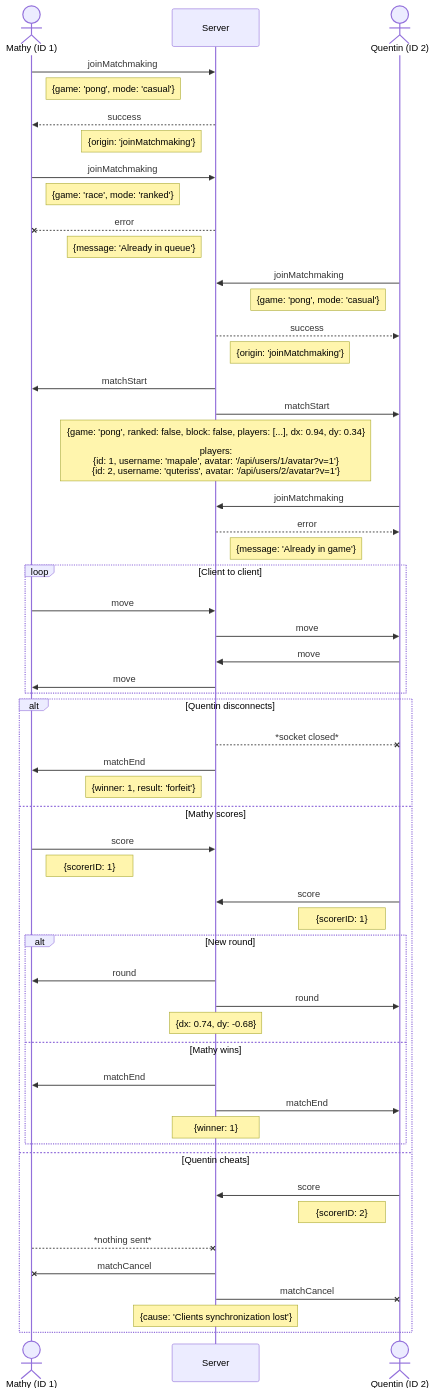
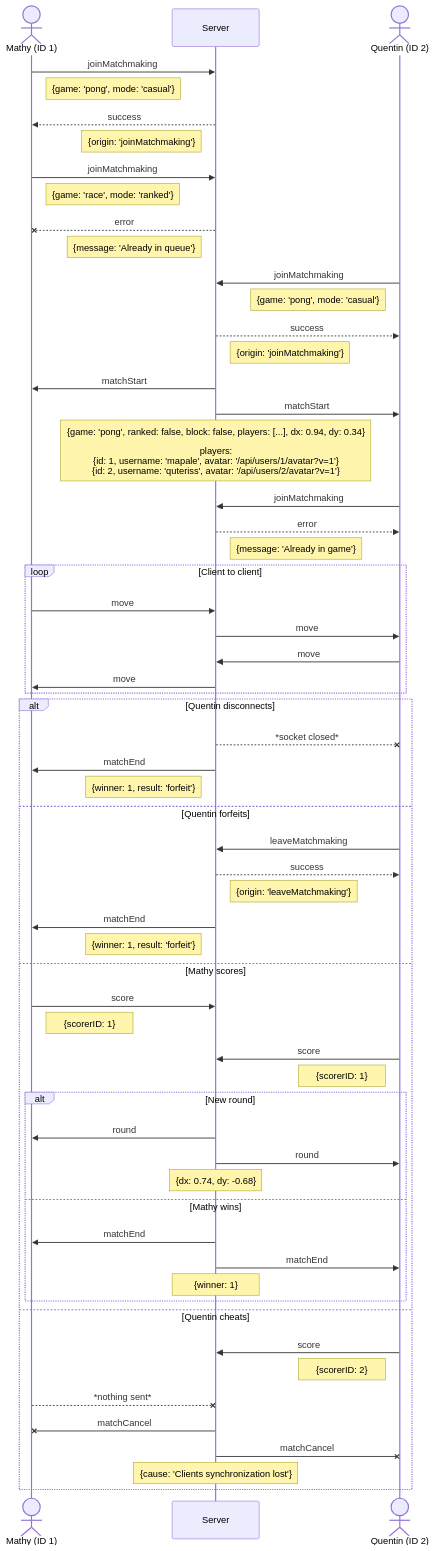
The diagram in docs/WebSocket/match.md (deydoux/42cursus-ft_transcendence), drawn with Mermaid before and after one commit.

Commit message:
Add handling for Quentin's forfeiture in matchmaking sequence

````diff
--- a/docs/WebSocket/match.md
+++ b/docs/WebSocket/match.md
@@ -3,66 +3,73 @@
 ```mermaid
 sequenceDiagram
   actor m as Mathy (ID 1)
   participant s as Server
   actor q as Quentin (ID 2)
 
   m ->> s: joinMatchmaking
   Note right of m: {game: 'pong', mode: 'casual'}
   s -->> m: success
   Note left of s: {origin: 'joinMatchmaking'}
 
   m ->> s: joinMatchmaking
   Note right of m: {game: 'race', mode: 'ranked'}
   s --x m: error
   Note left of s: {message: 'Already in queue'}
 
   q ->> s: joinMatchmaking
   Note left of q: {game: 'pong', mode: 'casual'}
   s -->> q: success
   Note right of s: {origin: 'joinMatchmaking'}
 
   s ->> m: matchStart
   s ->> q: matchStart
   Note over s: {game: 'pong', ranked: false, block: false, players: [...], dx: 0.94, dy: 0.34}<br><br> players:<br>{id: 1, username: 'mapale', avatar: '/api/users/1/avatar?v=1'}<br>{id: 2, username: 'quteriss', avatar: '/api/users/2/avatar?v=1'}
 
   q ->> s: joinMatchmaking
   s -->> q: error
   Note right of s: {message: 'Already in game'}
 
   loop Client to client
     m ->> s: move
     s ->> q: move
     q ->> s: move
     s ->> m: move
   end
 
   alt Quentin disconnects
     s --x q: *socket closed*
     s ->> m: matchEnd
     Note left of s: {winner: 1, result: 'forfeit'}
 
+  else Quentin forfeits
+    q ->> s: leaveMatchmaking
+    s -->> q: success
+    Note right of s: {origin: 'leaveMatchmaking'}
+    s ->> m: matchEnd
+    Note left of s: {winner: 1, result: 'forfeit'}
+
   else Mathy scores
     m ->> s: score
     Note right of m: {scorerID: 1}
     q ->> s: score
     Note left of q: {scorerID: 1}
 
     alt New round
       s ->> m: round
       s ->> q: round
       Note over s: {dx: 0.74, dy: -0.68}
     else Mathy wins
       s ->> m: matchEnd
       s ->> q: matchEnd
       Note over s: {winner: 1}
     end
 
   else Quentin cheats
     q ->> s: score
     Note left of q: {scorerID: 2}
     m --x s: *nothing sent*
     s -x m: matchCancel
     s -x q: matchCancel
     Note over s: {cause: 'Clients synchronization lost'}
   end
 ```
````
